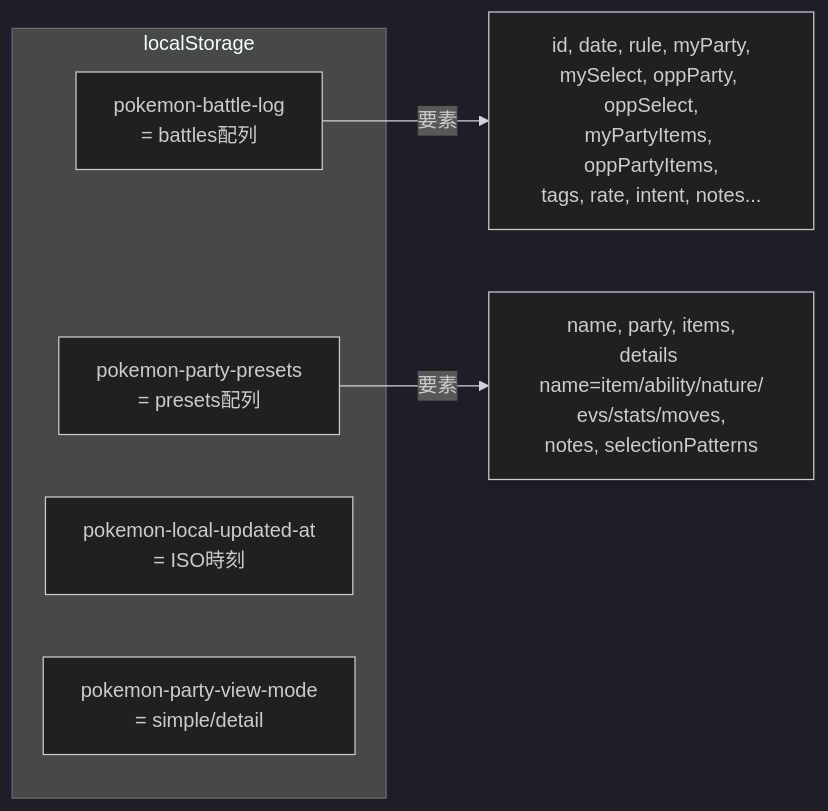
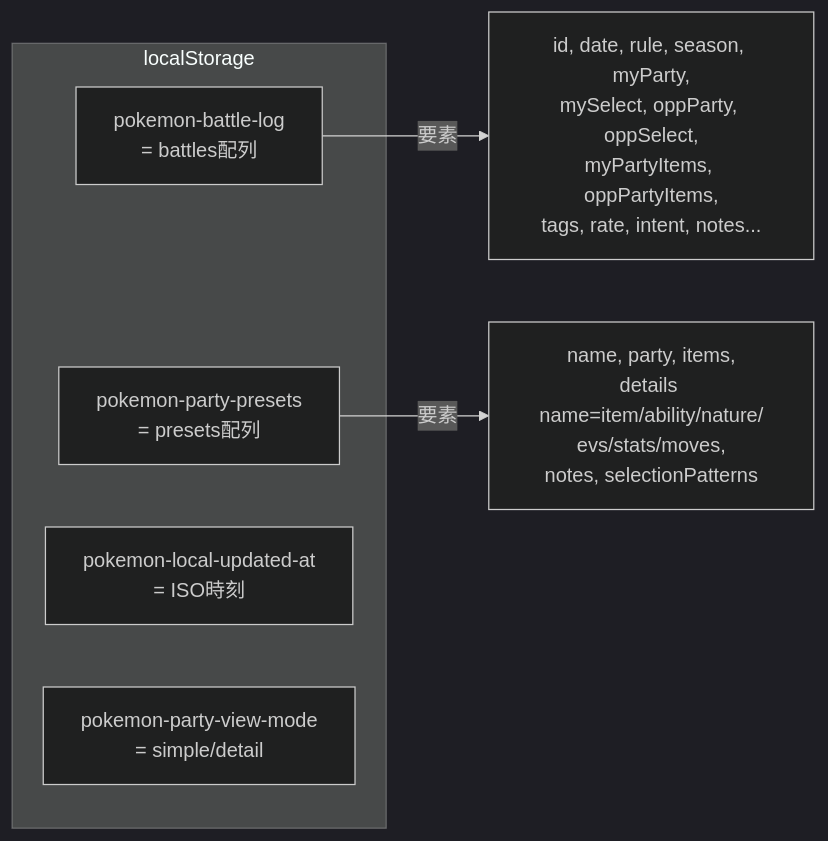
Before and after one commit to 1minami/pokemon-battle-log: the third of 4 diagrams in EXPLANATION.md, drawn with Mermaid (dark theme). The commit also changed 8 other files, not shown here.

````diff
--- a/EXPLANATION.md
+++ b/EXPLANATION.md
@@ -113,11 +113,11 @@
 ```mermaid
 graph LR
   subgraph localStorage
     KB[pokemon-battle-log<br/>= battles配列]
     KP[pokemon-party-presets<br/>= presets配列]
     KT[pokemon-local-updated-at<br/>= ISO時刻]
     KV[pokemon-party-view-mode<br/>= simple/detail]
   end
-  KB -->|要素| B[id, date, rule, myParty,<br/>mySelect, oppParty, oppSelect,<br/>myPartyItems, oppPartyItems,<br/>tags, rate, intent, notes...]
+  KB -->|要素| B[id, date, rule, season, myParty,<br/>mySelect, oppParty, oppSelect,<br/>myPartyItems, oppPartyItems,<br/>tags, rate, intent, notes...]
   KP -->|要素| P[name, party, items,<br/>details name=item/ability/nature/<br/>evs/stats/moves,<br/>notes, selectionPatterns]
 ```
````
